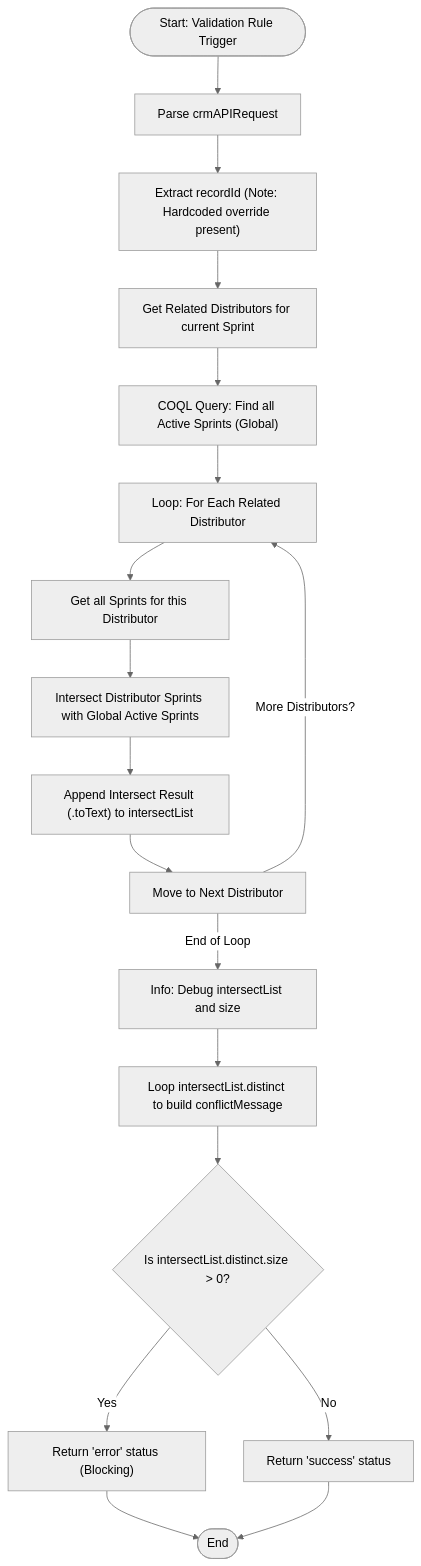
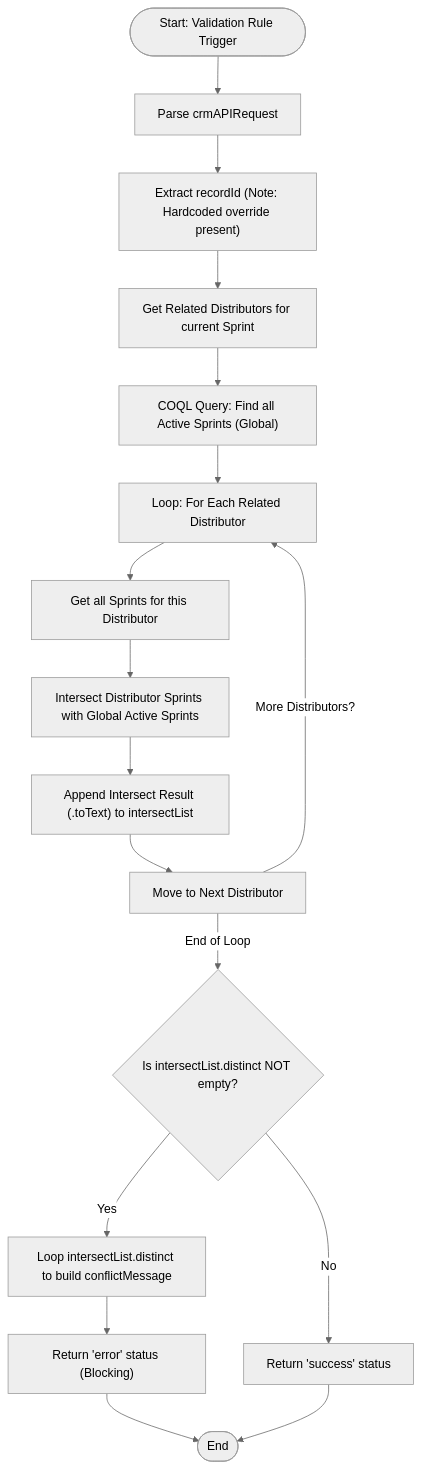
Before and after one commit to martinkp93/zoho-scripts: the diagram in scripts/sendToActiveCampaignLimit/sendToActiveCampaignLimit.md, drawn with Mermaid (neutral theme). The commit also changed other lines of this file, not shown here.

````diff
--- a/scripts/sendToActiveCampaignLimit/sendToActiveCampaignLimit.md
+++ b/scripts/sendToActiveCampaignLimit/sendToActiveCampaignLimit.md
@@ -31,20 +31,19 @@
 ```mermaid
 graph TD
     Start(["Start: Validation Rule Trigger"]) --> Parse["Parse crmAPIRequest"]
     Parse --> GetID["Extract recordId (Note: Hardcoded override present)"]
     GetID --> GetDistributors["Get Related Distributors for current Sprint"]
     GetDistributors --> COQL["COQL Query: Find all Active Sprints (Global)"]
     COQL --> LoopDistributors["Loop: For Each Related Distributor"]
     LoopDistributors --> GetDistributorSprints["Get all Sprints for this Distributor"]
     GetDistributorSprints --> Intersect["Intersect Distributor Sprints with Global Active Sprints"]
     Intersect --> Append["Append Intersect Result (.toText) to intersectList"]
     Append --> NextDistributor["Move to Next Distributor"]
     NextDistributor -- "More Distributors?" --> LoopDistributors
-    NextDistributor -- "End of Loop" --> Debug["Info: Debug intersectList and size"]
-    Debug --> BuildMsg["Loop intersectList.distinct to build conflictMessage"]
-    BuildMsg --> FinalCheck{"Is intersectList.distinct.size > 0?"}
-    FinalCheck -- "Yes" --> Error["Return 'error' status (Blocking)"]
+    NextDistributor -- "End of Loop" --> FinalCheck{"Is intersectList.distinct NOT empty?"}
+    FinalCheck -- "Yes" --> BuildMsg["Loop intersectList.distinct to build conflictMessage"]
+    BuildMsg --> Error["Return 'error' status (Blocking)"]
     FinalCheck -- "No" --> Success["Return 'success' status"]
     Error --> End(["End"])
     Success --> End
 ```
````
